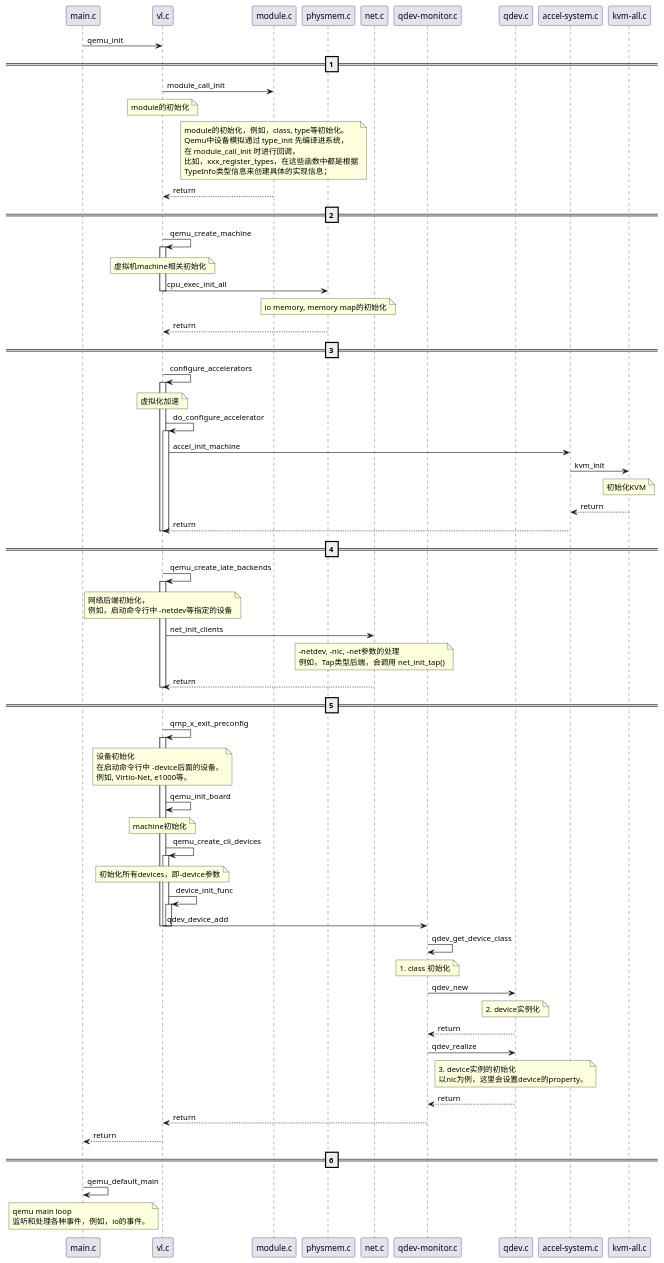
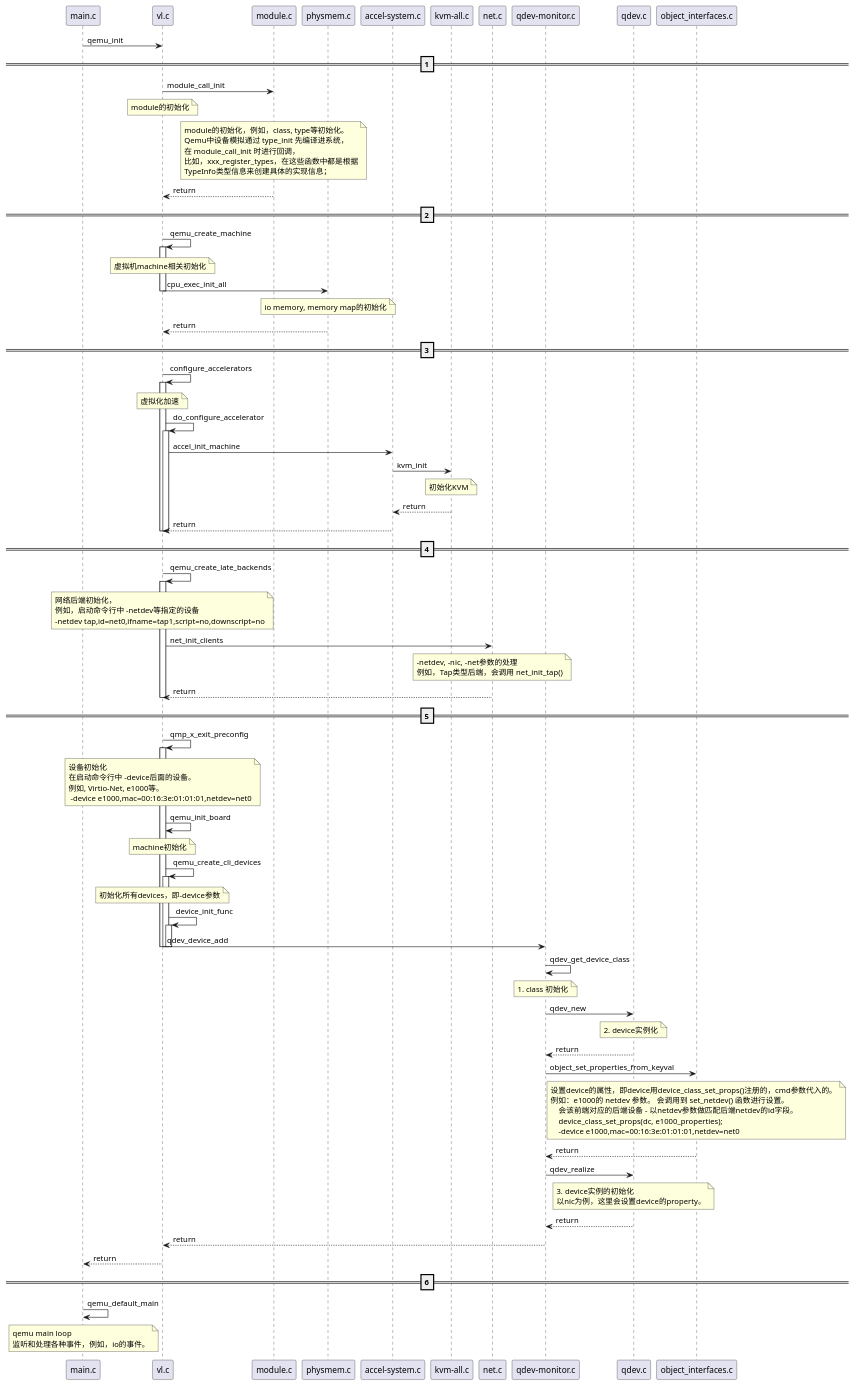
Before and after one commit to VVvector/qemu: the diagram in design/qemu_init.puml, drawn with PlantUML.

Commit message:
enhance qemu init flow - add device properties register and init flow

```diff
--- a/design/qemu_init.puml
+++ b/design/qemu_init.puml
@@ -1,127 +1,140 @@
 @startuml
 
 participant main.c as A
 participant vl.c as B
 participant module.c as C
 participant physmem.c as E
+participant "accel-system.c" as I
+participant "kvm-all.c" as J
 participant net.c as F
 participant "qdev-monitor.c" as G
 participant qdev.c as H
-participant "accel-system.c" as I
-participant "kvm-all.c" as J
+participant "object_interfaces.c" as K
 
 
 A -> B: qemu_init
 
 ==1==
 
 B -> C: module_call_init
 note over B
     module的初始化
 end note
 note over C
     module的初始化，例如，class, type等初始化。
     Qemu中设备模拟通过 type_init 先编译进系统，
     在 module_call_init 时进行回调，
     比如，xxx_register_types，在这些函数中都是根据
     TypeInfo类型信息来创建具体的实现信息；
 end note
 C --> B: return
 
 ==2==
 B->B: qemu_create_machine
 note over B
     虚拟机machine相关初始化
 end note
 activate B
 B->E: cpu_exec_init_all
 note over E
     io memory, memory map的初始化
 end note
 deactivate B
 E --> B: return
 
 ==3==
 B -> B: configure_accelerators
 note over B
     虚拟化加速
 end note
 activate B
 B -> B: do_configure_accelerator
 activate B
 B -> I: accel_init_machine
 I -> J: kvm_init
 note over J
     初始化KVM
 end note
 J --> I: return
 I --> B: return
 deactivate B
 deactivate B
 
 ==4==
 B -> B: qemu_create_late_backends
 note over B
     网络后端初始化，
     例如，启动命令行中 -netdev等指定的设备
+    -netdev tap,id=net0,ifname=tap1,script=no,downscript=no
 end note
 activate B
 B -> F: net_init_clients
 note over F
     -netdev, -nic, -net参数的处理
     例如，Tap类型后端，会调用 net_init_tap()
 end note
 F --> B: return
 deactivate B
 
 ==5==
 B -> B: qmp_x_exit_preconfig
 note over B
     设备初始化
     在启动命令行中 -device后面的设备。
     例如, Virtio-Net, e1000等。
+     -device e1000,mac=00:16:3e:01:01:01,netdev=net0
 end note
 activate B
     B->B: qemu_init_board
     note over B
         machine初始化
     end note
     B->B: qemu_create_cli_devices
     note over B
         初始化所有devices，即-device参数
     end note
     activate B
         B->B: device_init_func
         activate B
             B->G: qdev_device_add
         deactivate B
     deactivate B
 deactivate B
 
 G->G: qdev_get_device_class
 note over G
     1. class 初始化
 end note
 
 G->H: qdev_new
 note over H
     2. device实例化
 end note
 H --> G: return
+G -> K: object_set_properties_from_keyval
+note over K
+    设置device的属性，即device用device_class_set_props()注册的，cmd参数代入的。
+    例如：e1000的 netdev 参数。 会调用到 set_netdev() 函数进行设置。
+        会该前端对应的后端设备 - 以netdev参数做匹配后端netdev的id字段。
+        device_class_set_props(dc, e1000_properties);
+        -device e1000,mac=00:16:3e:01:01:01,netdev=net0
+end note
+K --> G: return
+
 
 G -> H: qdev_realize
 note over H
     3. device实例的初始化
     以nic为例，这里会设置device的property。
 end note
 H --> G: return
 G --> B: return
 B --> A: return
 
 ==6==
 A -> A: qemu_default_main
 note over A
     qemu main loop
     监听和处理各种事件，例如，io的事件。
 end note
 @enduml
```
